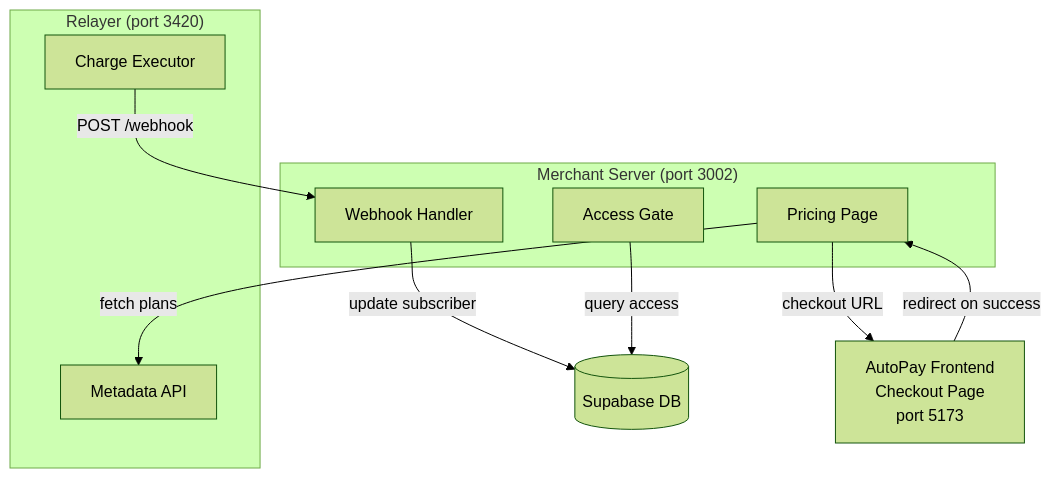
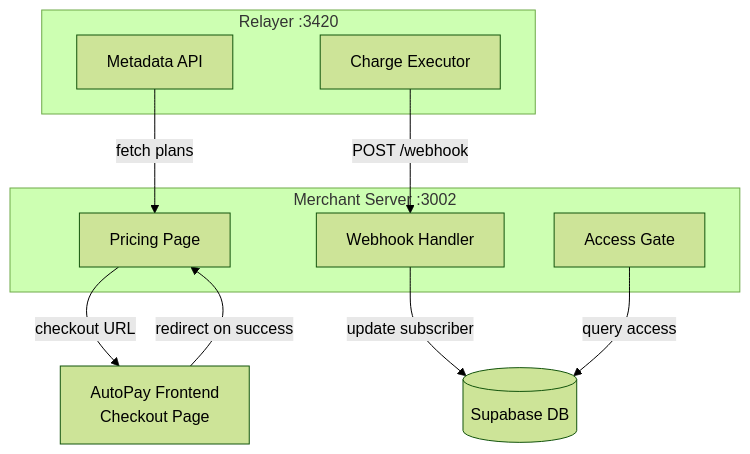
Before and after one commit to apeoverflow/Auto-Pay-Protocol: the first of 4 diagrams in documentation/merchant-checkout-example.md, drawn with Mermaid (forest theme). The commit also changed other lines of this file and 1 other file, not shown here.

Commit message:
update docs to refrence autopayprotocol.com instead of localhost

````diff
--- a/documentation/merchant-checkout-example.md
+++ b/documentation/merchant-checkout-example.md
@@ -13,23 +13,23 @@
 ```mermaid
 graph TD
-    subgraph Relayer["Relayer (port 3420)"]
+    subgraph Relayer["Relayer :3420"]
+        G[Metadata API]
         F[Charge Executor]
-        G[Metadata API]
     end
 
-    subgraph Merchant["Merchant Server (port 3002)"]
-        A[Pricing Page]
+    subgraph Merchant["Merchant Server :3002"]
         B[Webhook Handler]
         C[Access Gate]
+        A[Pricing Page]
     end
 
     D[(Supabase DB)]
-    E[AutoPay Frontend\nCheckout Page\nport 5173]
+    E["AutoPay Frontend<br/>Checkout Page"]
 
-    A -- "fetch plans" --> G
+    G -- "fetch plans" --> A
     A -- "checkout URL" --> E
     E -- "redirect on success" --> A
     F -- "POST /webhook" --> B
     B -- "update subscriber" --> D
     C -- "query access" --> D
 ```
````
